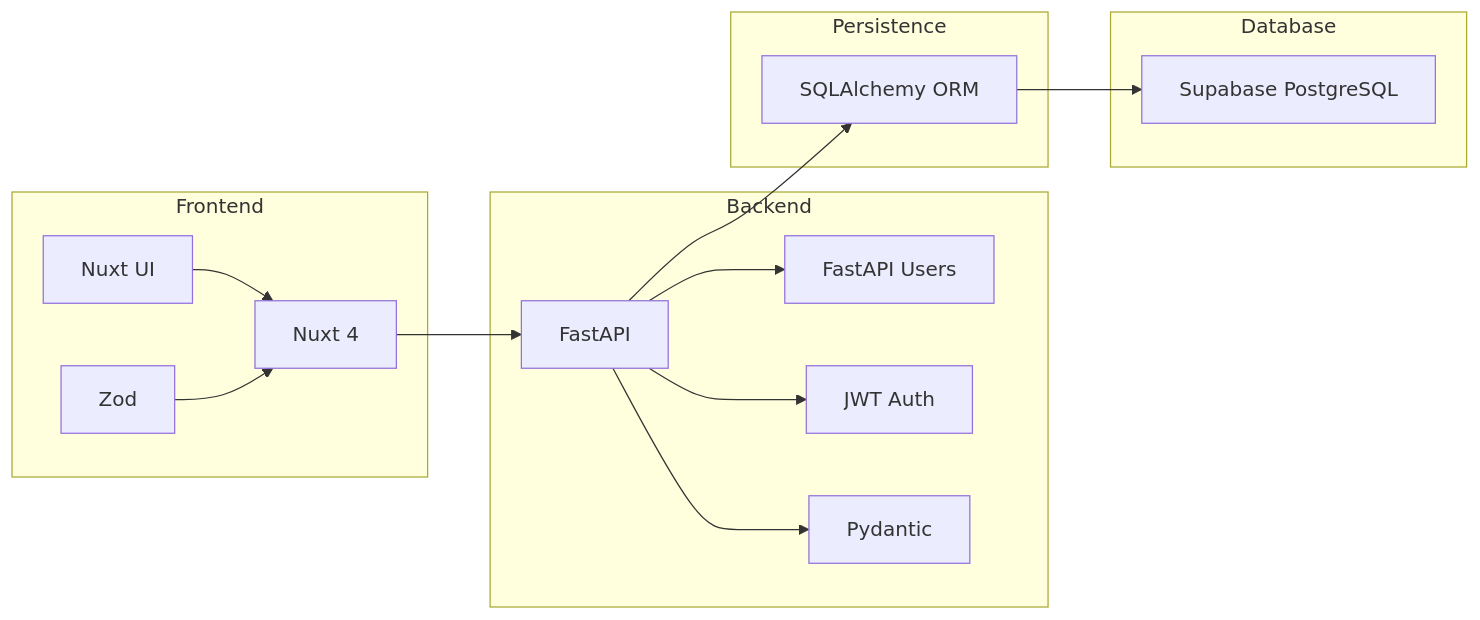
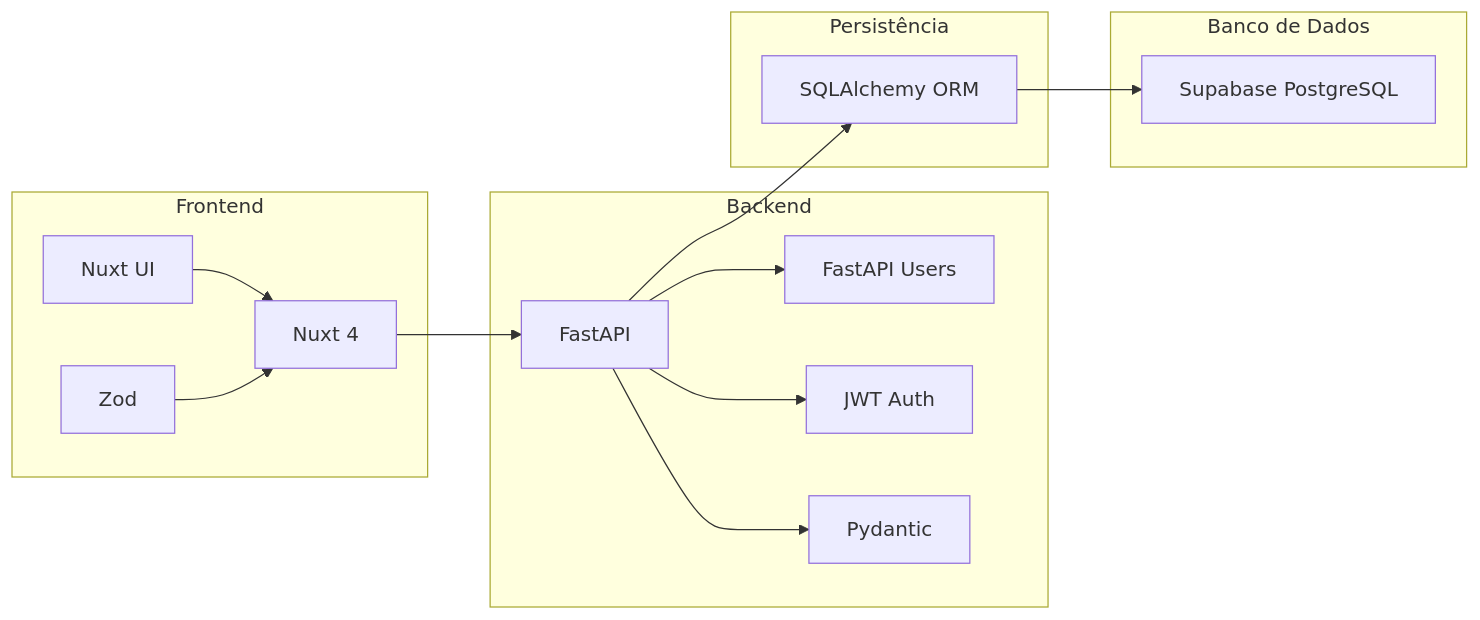
One commit to rmcfdma/user_and_authentication_system changed the first of 2 diagrams in README.md. Above: the diagram before and after it, drawn with Mermaid. The commit also changed other lines of this file, not shown here.

````diff
--- a/README.md
+++ b/README.md
@@ -51,40 +51,40 @@
 ```mermaid
 flowchart LR
 
     %% Frontend
     subgraph Frontend
         NUXT["Nuxt 4"]
         UI["Nuxt UI"]
         ZOD["Zod"]
     end
 
     %% Backend
     subgraph Backend
         FASTAPI["FastAPI"]
         USERS["FastAPI Users"]
         JWT["JWT Auth"]
         PYDANTIC["Pydantic"]
     end
 
     %% Persistence
-    subgraph Persistence
+    subgraph Persistência
         SQLA["SQLAlchemy ORM"]
     end
 
     %% Database
-    subgraph Database
+    subgraph Banco de Dados
         SUPABASE["Supabase PostgreSQL"]
     end
 
     %% Flow
     NUXT --> FASTAPI
     UI --> NUXT
     ZOD --> NUXT
 
     FASTAPI --> USERS
     FASTAPI --> JWT
     FASTAPI --> PYDANTIC
     FASTAPI --> SQLA
 
     SQLA --> SUPABASE
 ```
````
